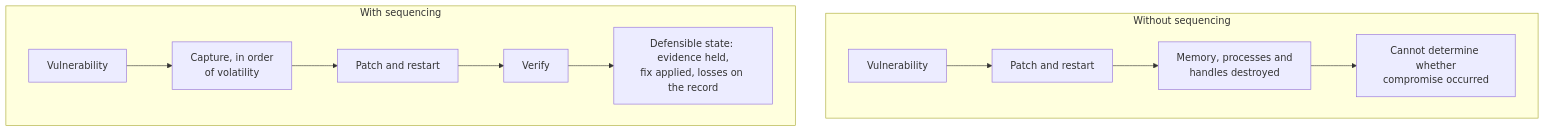
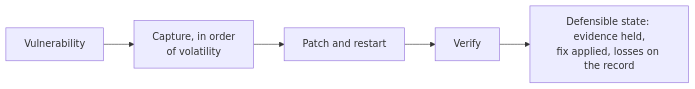
The second of 3 diagrams in README.md (het-P301204/TOURNIQUET), drawn with Mermaid before and after one commit. The commit also changed other lines of this file, not shown here.

Commit message:
Split the problem diagram so the two halves read in order
Two subgraphs in one flowchart are laid out side by side in whichever order
Mermaid resolves them, and it put 'With sequencing' on the left — which
inverts the argument the section is making. Two separate blocks with their
own headings are ordered by the document rather than by the renderer.

````diff
--- a/README.md
+++ b/README.md
@@ -49,17 +60,7 @@
 ```mermaid
-flowchart TB
-    subgraph S1 ["Without sequencing"]
-        direction LR
-        V1[Vulnerability] --> P1[Patch and restart]
-        P1 --> D1["Memory, processes and<br/>handles destroyed"]
-        D1 --> U1["Cannot determine whether<br/>compromise occurred"]
-    end
-
-    subgraph S2 ["With sequencing"]
-        direction LR
-        V2[Vulnerability] --> C2["Capture, in order<br/>of volatility"]
-        C2 --> P2[Patch and restart]
-        P2 --> R2[Verify]
-        R2 --> K2["Defensible state: evidence held,<br/>fix applied, losses on the record"]
-    end
+flowchart LR
+    V2[Vulnerability] --> C2["Capture, in order<br/>of volatility"]
+    C2 --> P2[Patch and restart]
+    P2 --> R2[Verify]
+    R2 --> K2["Defensible state: evidence held,<br/>fix applied, losses on the record"]
 ```
````
